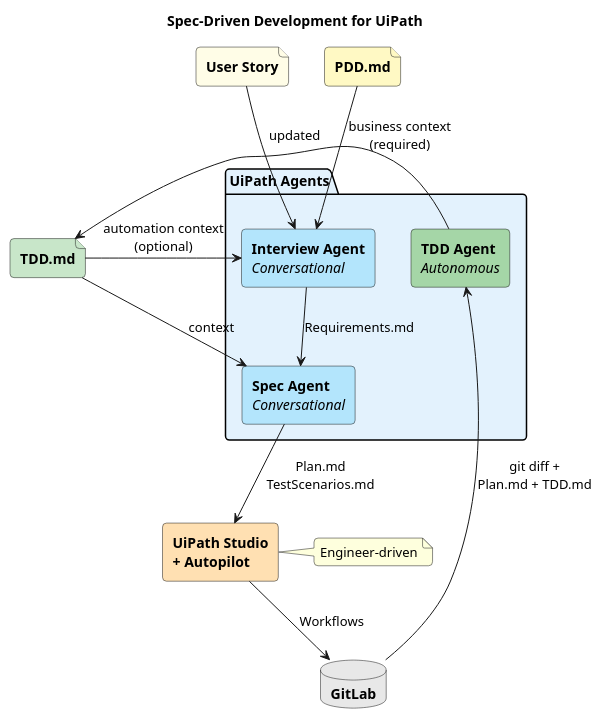
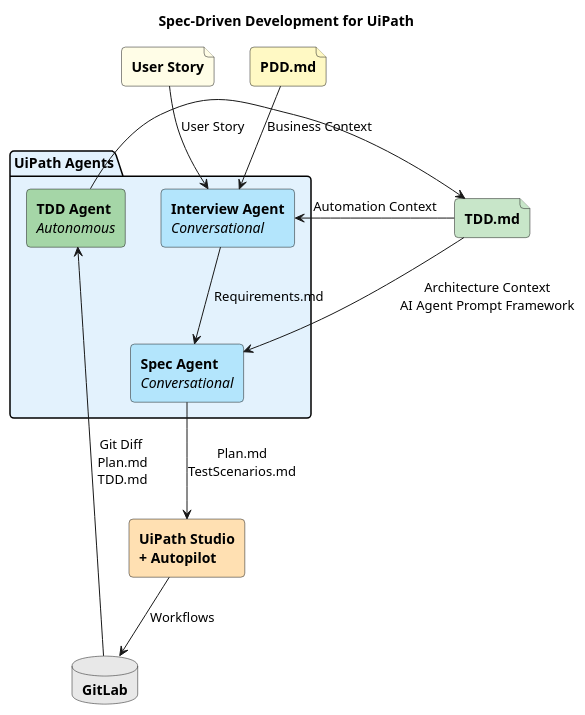
One commit to eddiefleurent/uipath-spec-driven-development changed the first of 2 diagrams in diagrams/architecture.puml. Above: the diagram before and after it, drawn with PlantUML. The commit also changed other lines of this file and 25 other files, not shown here.

```diff
--- a/diagrams/architecture.puml
+++ b/diagrams/architecture.puml
@@ -1,33 +1,32 @@
 @startuml architecture
 skinparam backgroundColor #FFFFFF
 skinparam defaultFontName Arial
 skinparam shadowing false
 skinparam roundcorner 8
 
 title Spec-Driven Development for UiPath
 
 file "**User Story**" as Story #FFFDE7
 file "**PDD.md**" as PDD #FFF9C4
 file "**TDD.md**" as TDD #C8E6C9
 
 package "UiPath Agents" #E3F2FD {
     rectangle "**Interview Agent**\n//Conversational//" as Interview #B3E5FC
     rectangle "**Spec Agent**\n//Conversational//" as Spec #B3E5FC
     rectangle "**TDD Agent**\n//Autonomous//" as TDDAgent #A5D6A7
 }
 
 rectangle "**UiPath Studio**\n**+ Autopilot**" as Studio #FFE0B2
-note right of Studio : Engineer-driven
 database "**GitLab**" as Git #E8E8E8
 
-Story --> Interview
-PDD --> Interview : business context\n(required)
-TDD --> Interview : automation context\n(optional)
-TDD --> Spec : context
+Story --> Interview : User Story
+PDD --> Interview : Business Context
+TDD --> Interview : Automation Context
+TDD --> Spec : Architecture Context\nAI Agent Prompt Framework
 Interview --> Spec : Requirements.md
 Spec --> Studio : Plan.md\nTestScenarios.md
 Studio --> Git : Workflows
-Git --> TDDAgent : git diff +\nPlan.md + TDD.md
-TDDAgent --> TDD : updated
+Git --> TDDAgent : Git Diff\n Plan.md\n TDD.md
+TDDAgent --> TDD
 
 @enduml
```
